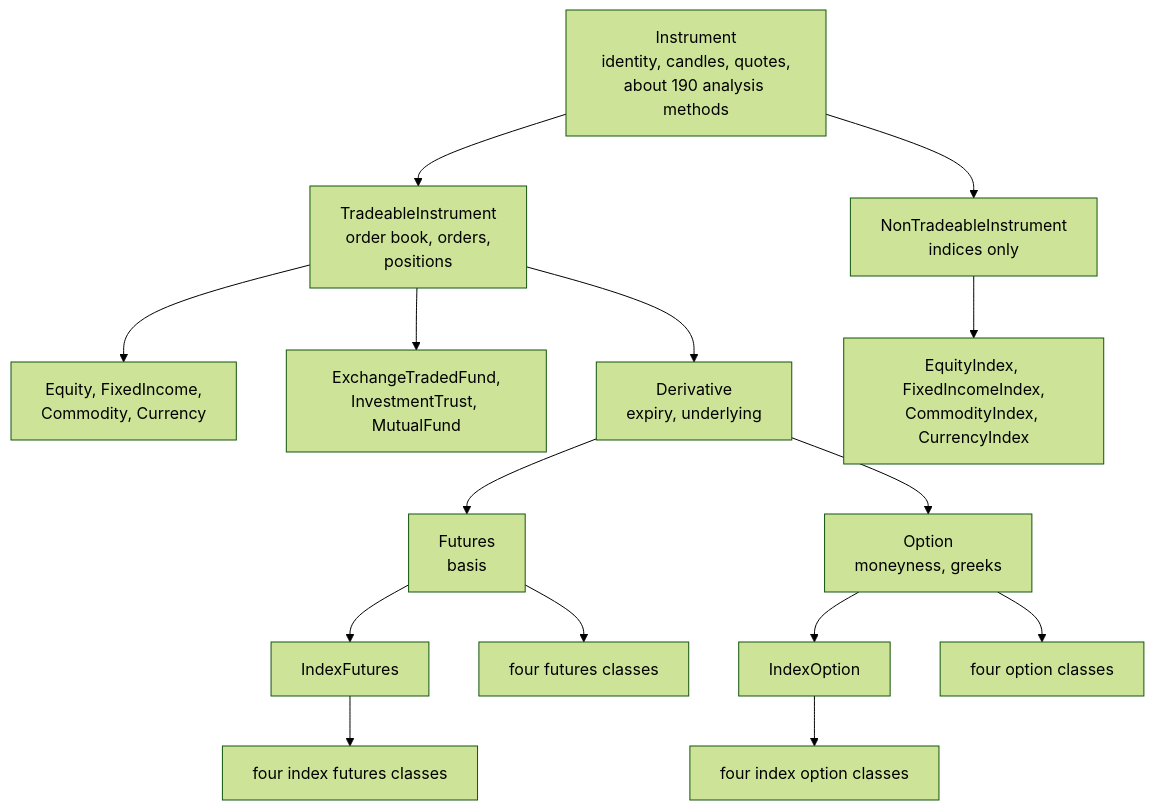
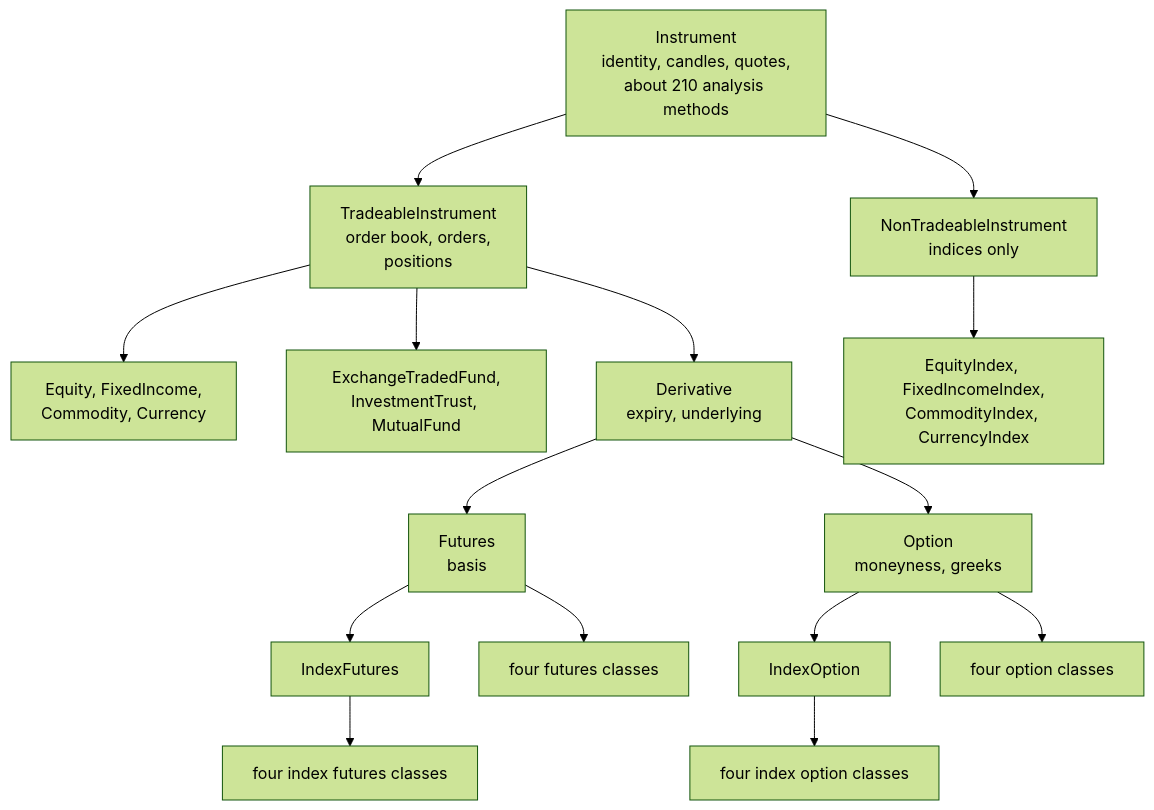
One commit to pramodathani/tradingmachine changed the first of 2 diagrams in docs/python-api/instruments.md. Above: the diagram before and after it, drawn with Mermaid (forest theme). The commit also changed other lines of this file and 29 other files, not shown here.

````diff
--- a/docs/python-api/instruments.md
+++ b/docs/python-api/instruments.md
@@ -25,20 +26,20 @@
 ```mermaid
 flowchart TB
-    I["Instrument<br/>identity, candles, quotes,<br/>about 190 analysis methods"]
+    I["Instrument<br/>identity, candles, quotes,<br/>about 210 analysis methods"]
     T["TradeableInstrument<br/>order book, orders,<br/>positions"]
     N["NonTradeableInstrument<br/>indices only"]
     I --> T
     I --> N
     T --> C1["Equity, FixedIncome,<br/>Commodity, Currency"]
     T --> C2["ExchangeTradedFund,<br/>InvestmentTrust, MutualFund"]
     T --> D["Derivative<br/>expiry, underlying"]
     D --> FB["Futures<br/>basis"]
     D --> OB["Option<br/>moneyness, greeks"]
     FB --> IF["IndexFutures"]
     OB --> IO["IndexOption"]
     FB --> F["four futures classes"]
     IF --> F2["four index futures classes"]
     OB --> O["four option classes"]
     IO --> O2["four index option classes"]
     N --> X["EquityIndex, FixedIncomeIndex,<br/>CommodityIndex, CurrencyIndex"]
 ```
````
